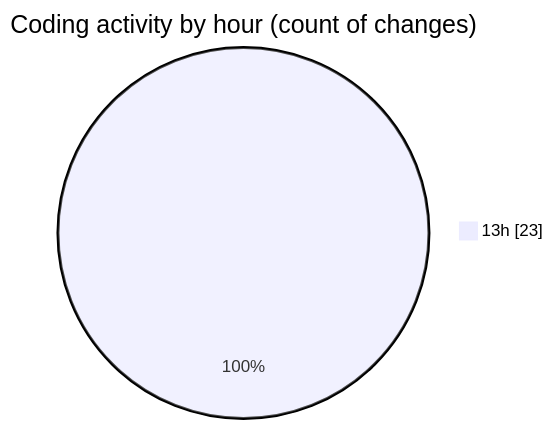
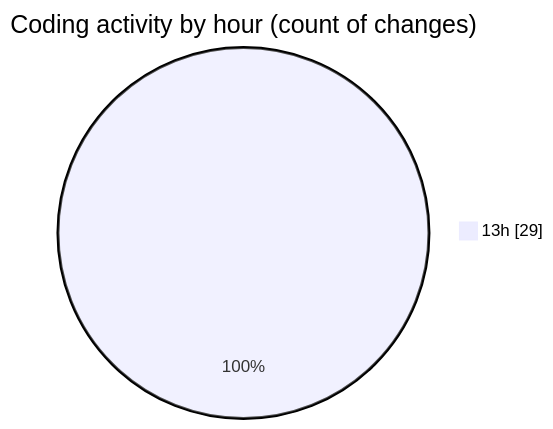
The second of 2 diagrams in 2025-05-28/ecodeli-1/README.md (CELIANVF/code-tracking), drawn with Mermaid before and after one commit. The commit also changed other lines of this file and 1 other file, not shown here.

````diff
--- a/2025-05-28/ecodeli-1/README.md
+++ b/2025-05-28/ecodeli-1/README.md
@@ -36,5 +40,5 @@
 ```mermaid
 pie showData
 title Coding activity by hour (count of changes)
-"13h" : 23
+"13h" : 29
 ```
````
